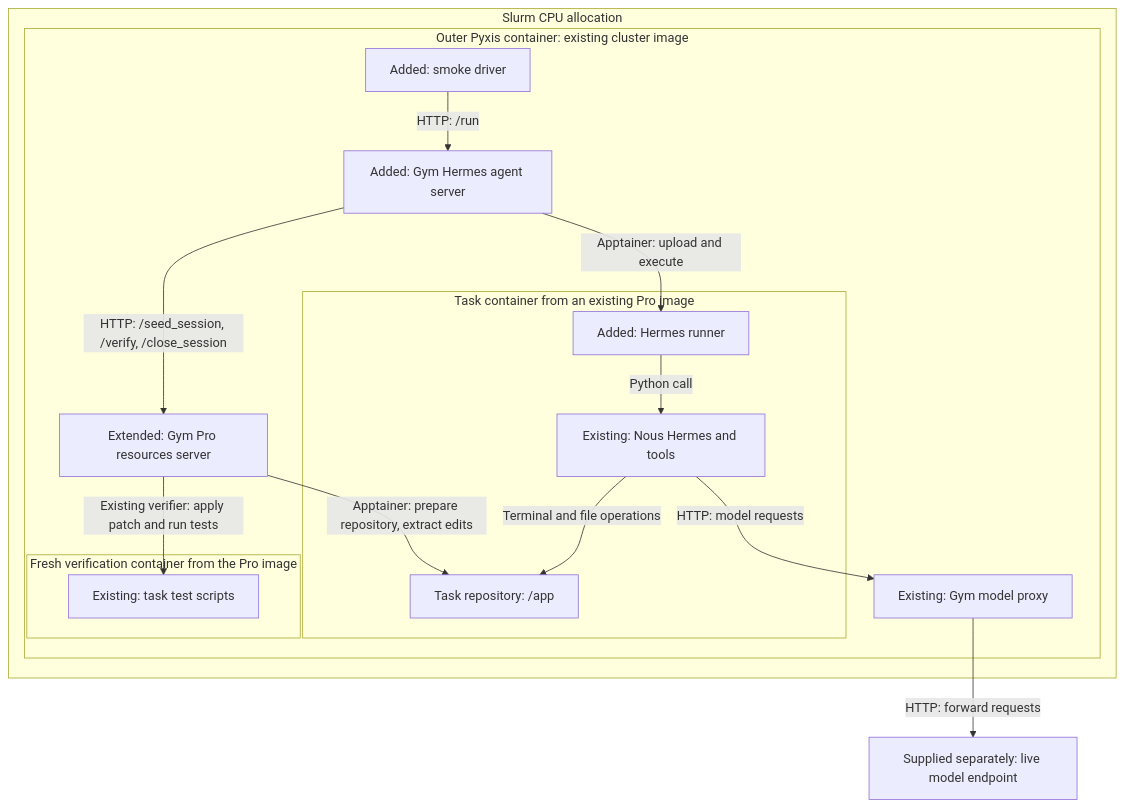
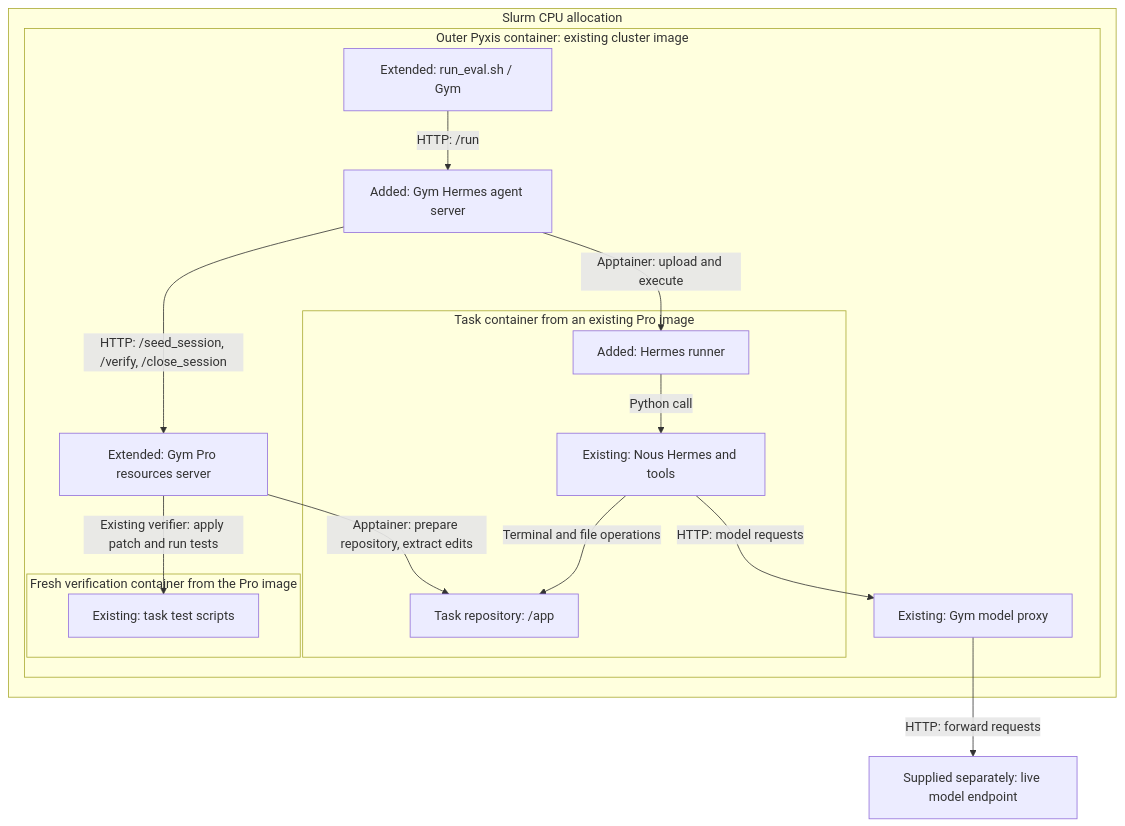
Before and after one commit to elisam0/Gym: the diagram in responses_api_agents/hermes_sandboxed_agent/ASSESSMENT.md, drawn with Mermaid. The commit also changed other lines of this file and 7 other files, not shown here.

````diff
--- a/responses_api_agents/hermes_sandboxed_agent/ASSESSMENT.md
+++ b/responses_api_agents/hermes_sandboxed_agent/ASSESSMENT.md
@@ -101,29 +101,29 @@
 ```mermaid
 flowchart TB
     subgraph cpu["Slurm CPU allocation"]
         subgraph outer["Outer Pyxis container: existing cluster image"]
-            driver["Added: smoke driver"]
+            driver["Extended: run_eval.sh / Gym"]
             agent["Added: Gym Hermes agent server"]
             pro["Extended: Gym Pro resources server"]
             proxy["Existing: Gym model proxy"]
             subgraph task["Task container from an existing Pro image"]
                 runner["Added: Hermes runner"]
                 hermes["Existing: Nous Hermes and tools"]
                 repo["Task repository: /app"]
             end
             subgraph grading["Fresh verification container from the Pro image"]
                 tests["Existing: task test scripts"]
             end
         end
     end
     model["Supplied separately: live model endpoint"]
     driver -->|"HTTP: /run"| agent
     agent -->|"HTTP: /seed_session, /verify, /close_session"| pro
     pro -->|"Apptainer: prepare repository, extract edits"| repo
     agent -->|"Apptainer: upload and execute"| runner
     runner -->|"Python call"| hermes
     hermes -->|"Terminal and file operations"| repo
     pro -->|"Existing verifier: apply patch and run tests"| tests
     hermes -->|"HTTP: model requests"| proxy
     proxy -->|"HTTP: forward requests"| model
 ```
````
